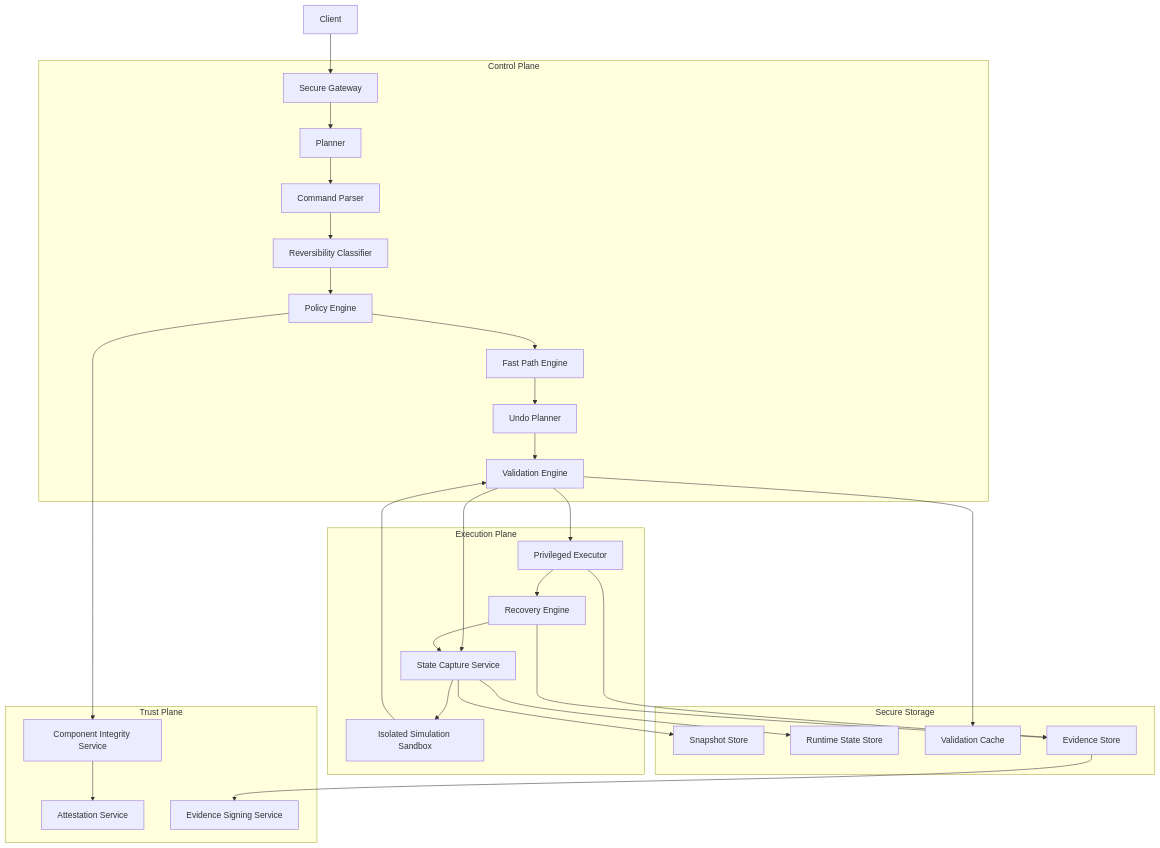
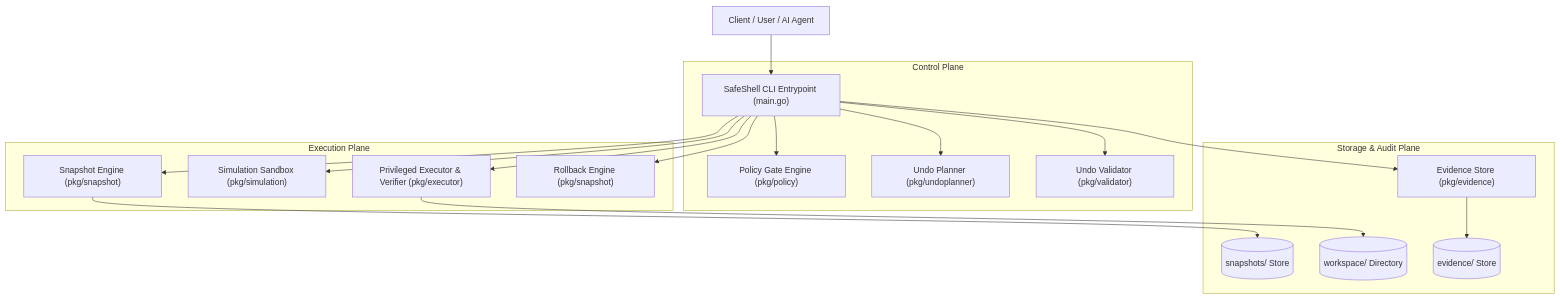
One commit to VJ-2303/SecureShell changed the second of 3 diagrams in README.md. Above: the diagram before and after it, drawn with Mermaid. The commit also changed other lines of this file, not shown here.

````diff
--- a/README.md
+++ b/README.md
@@ -48,52 +88,24 @@
 ```mermaid
 flowchart TB
-    Client["Client"] --> Gateway["Secure Gateway"]
+    Client["Client / User / AI Agent"] --> CLI["SafeShell CLI Entrypoint (main.go)"]
 
     subgraph ControlPlane["Control Plane"]
-        Gateway --> Planner["Planner"]
-        Planner --> Parser["Command Parser"]
-        Parser --> Classifier["Reversibility Classifier"]
-        Classifier --> Policy["Policy Engine"]
-        Policy --> FastPath["Fast Path Engine"]
-        FastPath --> UndoPlanner["Undo Planner"]
-        UndoPlanner --> Validator["Validation Engine"]
-    end
-
-    subgraph TrustPlane["Trust Plane"]
-        Integrity["Component Integrity Service"]
-        Attestation["Attestation Service"]
-        Signing["Evidence Signing Service"]
+        CLI --> Policy["Policy Gate Engine (pkg/policy)"]
+        CLI --> Planner["Undo Planner (pkg/undoplanner)"]
+        CLI --> Validator["Undo Validator (pkg/validator)"]
     end
 
     subgraph ExecutionPlane["Execution Plane"]
-        StateCapture["State Capture Service"]
-        Simulation["Isolated Simulation Sandbox"]
-        Executor["Privileged Executor"]
-        Recovery["Recovery Engine"]
+        CLI --> SnapshotEngine["Snapshot Engine (pkg/snapshot)"]
+        CLI --> SimSandbox["Simulation Sandbox (pkg/simulation)"]
+        CLI --> RealExecutor["Privileged Executor & Verifier (pkg/executor)"]
+        CLI --> RollbackEngine["Rollback Engine (pkg/snapshot)"]
     end
 
-    subgraph StoragePlane["Secure Storage"]
-        Snapshots["Snapshot Store"]
-        RuntimeState["Runtime State Store"]
-        Cache["Validation Cache"]
-        Evidence["Evidence Store"]
+    subgraph StoragePlane["Storage & Audit Plane"]
+        SnapshotEngine --> SnapshotsDir[("snapshots/ Store")]
+        RealExecutor --> WorkspaceDir[("workspace/ Directory")]
+        CLI --> EvidenceStore["Evidence Store (pkg/evidence)"]
+        EvidenceStore --> EvidenceDir[("evidence/ Store")]
     end
-
-    Policy --> Integrity
-    Integrity --> Attestation
-
-    Validator --> StateCapture
-    StateCapture --> Simulation
-    Simulation --> Validator
-    Validator --> Executor
-    Executor --> Recovery
-    Recovery --> StateCapture
-
-    StateCapture --> Snapshots
-    StateCapture --> RuntimeState
-    Validator --> Cache
-
-    Executor --> Evidence
-    Recovery --> Evidence
-    Evidence --> Signing
 ```
````
